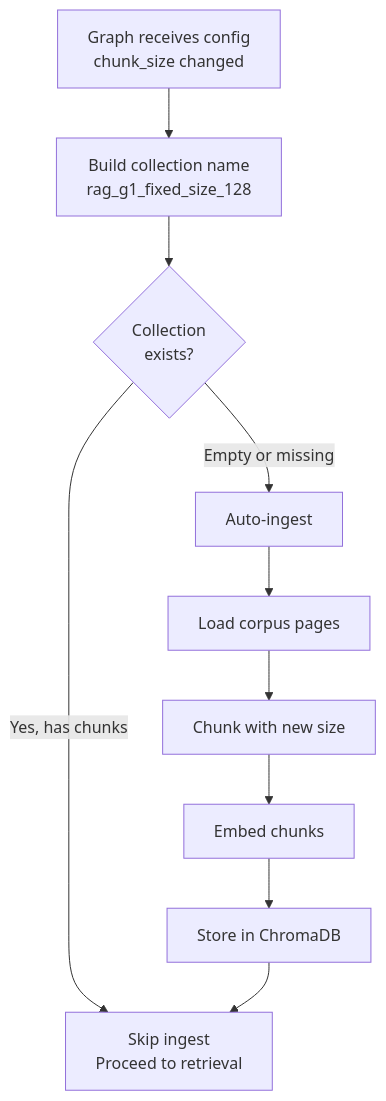
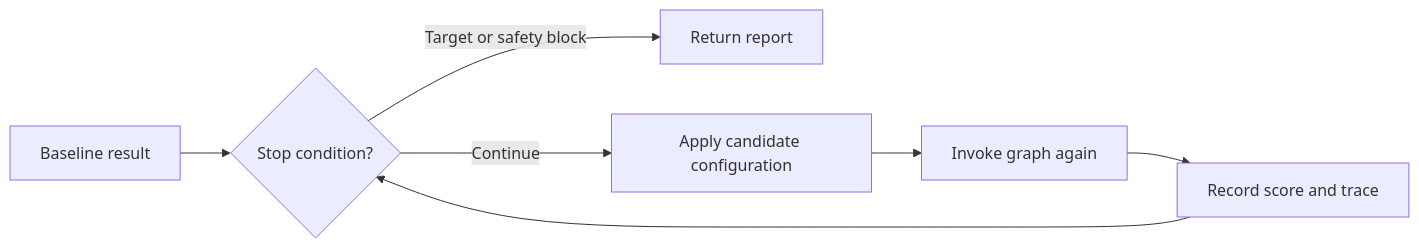
The seventh of 7 diagrams in self-improving-rag/Self_Improving_RAG_Guide.md (KUMAR-MOHANRAJAN/genai-projects), drawn with Mermaid before and after one commit. The commit also changed other lines of this file and 7 other files, not shown here.

````diff
--- a/self-improving-rag/Self_Improving_RAG_Guide.md
+++ b/self-improving-rag/Self_Improving_RAG_Guide.md
@@ -697,12 +327,9 @@
 ```mermaid
-flowchart TD
-    A[Graph receives config\nchunk_size changed] --> B[Build collection name\nrag_g1_fixed_size_128]
-    B --> C{Collection\nexists?}
-    C -->|Yes, has chunks| D[Skip ingest\nProceed to retrieval]
-    C -->|Empty or missing| E[Auto-ingest]
-    E --> F[Load corpus pages]
-    F --> G[Chunk with new size]
-    G --> H[Embed chunks]
-    H --> I[Store in ChromaDB]
-    I --> D
+flowchart LR
+   A[Baseline result] --> B{Stop condition?}
+   B -->|Target or safety block| C[Return report]
+   B -->|Continue| D[Apply candidate configuration]
+   D --> E[Invoke graph again]
+   E --> F[Record score and trace]
+   F --> B
 ```
````
